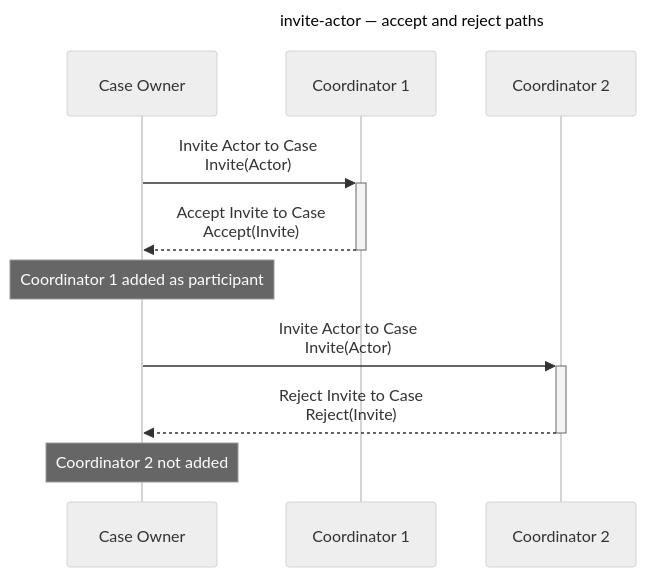
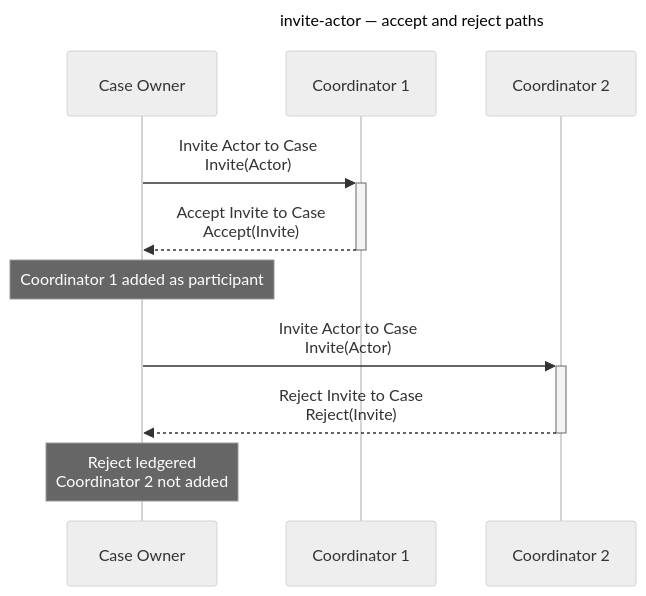
Before and after one commit to CERTCC/Vultron: the first of 9 diagrams in docs/tutorials/other_demos.md, drawn with Mermaid (neutral theme). The commit also changed other lines of this file and 26 other files, not shown here.

````diff
--- a/docs/tutorials/other_demos.md
+++ b/docs/tutorials/other_demos.md
@@ -96,17 +97,17 @@
 ```mermaid
 ---
 title: invite-actor — accept and reject paths
 ---
 sequenceDiagram
     participant O as Case Owner
     participant C1 as Coordinator 1
     participant C2 as Coordinator 2
 
     O->>+C1: Invite Actor to Case<br/>Invite(Actor)
     C1-->>-O: Accept Invite to Case<br/>Accept(Invite)
     Note over O: Coordinator 1 added as participant
 
     O->>+C2: Invite Actor to Case<br/>Invite(Actor)
     C2-->>-O: Reject Invite to Case<br/>Reject(Invite)
-    Note over O: Coordinator 2 not added
+    Note over O: Reject ledgered<br/>Coordinator 2 not added
 ```
````
